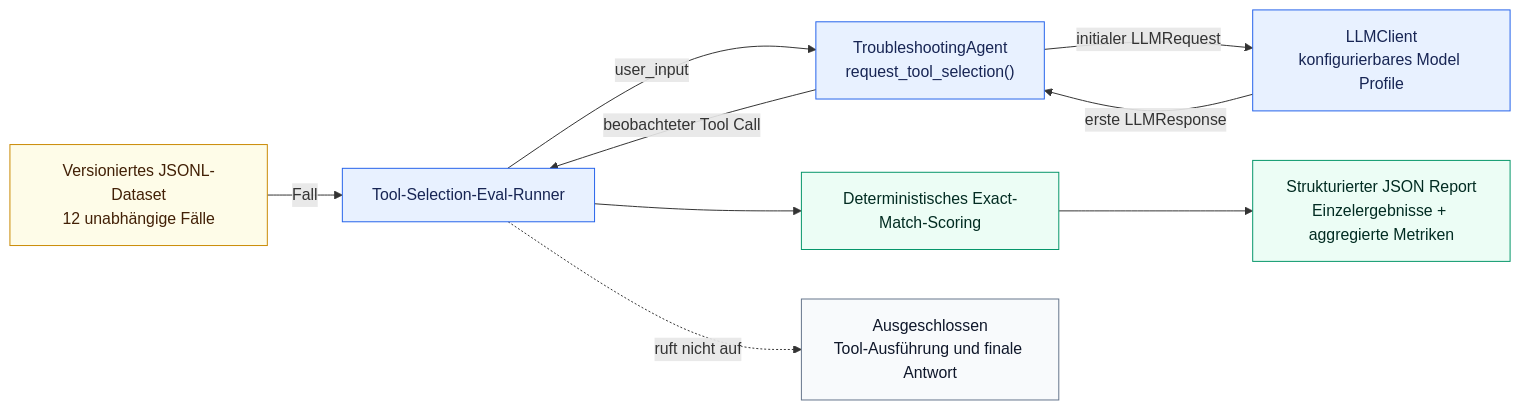
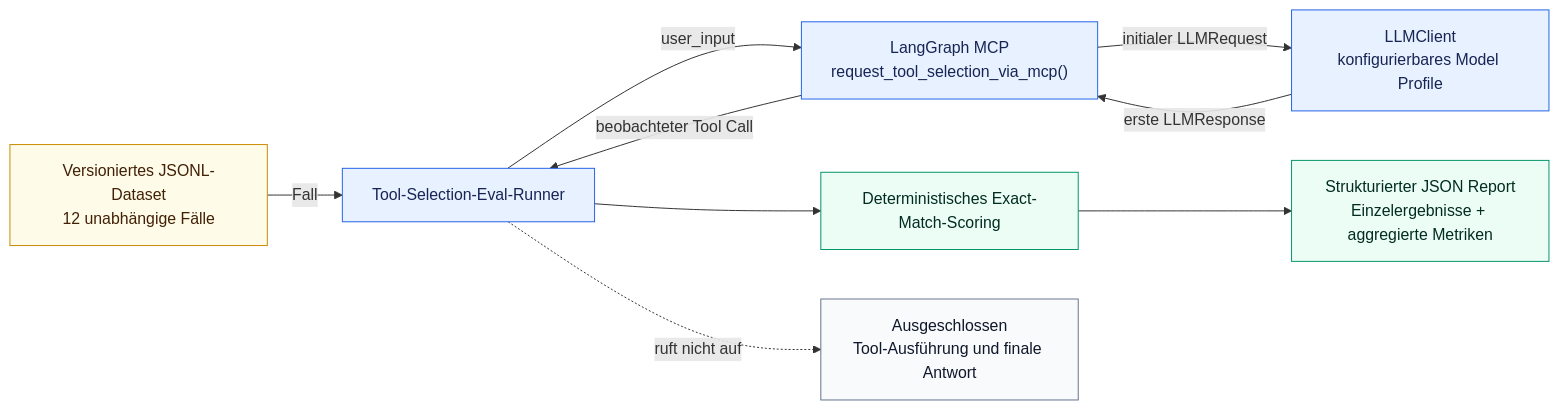
One commit to aboerzel/industrial-ai-agent changed the sixth of 11 diagrams in docs/architecture/overview.de.md. Above: the diagram before and after it, drawn with Mermaid. The commit also changed other lines of this file and 30 other files, not shown here.

````diff
--- a/docs/architecture/overview.de.md
+++ b/docs/architecture/overview.de.md
@@ -369,28 +361,28 @@
 ```mermaid
 flowchart LR
     D["Versioniertes JSONL-Dataset<br/>12 unabhängige Fälle"]
     R["Tool-Selection-Eval-Runner"]
-    A["TroubleshootingAgent<br/>request_tool_selection()"]
+    A["LangGraph MCP<br/>request_tool_selection_via_mcp()"]
     L["LLMClient<br/>konfigurierbares Model Profile"]
     S["Deterministisches Exact-Match-Scoring"]
     O["Strukturierter JSON Report<br/>Einzelergebnisse + aggregierte Metriken"]
     X["Ausgeschlossen<br/>Tool-Ausführung und finale Antwort"]
 
     D -->|"Fall"| R
     R -->|"user_input"| A
     A -->|"initialer LLMRequest"| L
     L -->|"erste LLMResponse"| A
     A -->|"beobachteter Tool Call"| R
     R --> S
     S --> O
     R -.->|"ruft nicht auf"| X
 
     classDef data fill:#fefce8,stroke:#ca8a04,color:#422006
     classDef core fill:#e8f1ff,stroke:#2563eb,color:#172554
     classDef metric fill:#ecfdf5,stroke:#059669,color:#022c22
     classDef excluded fill:#f8fafc,stroke:#64748b,color:#0f172a
     class D data
     class R,A,L core
     class S,O metric
     class X excluded
 ```
````
